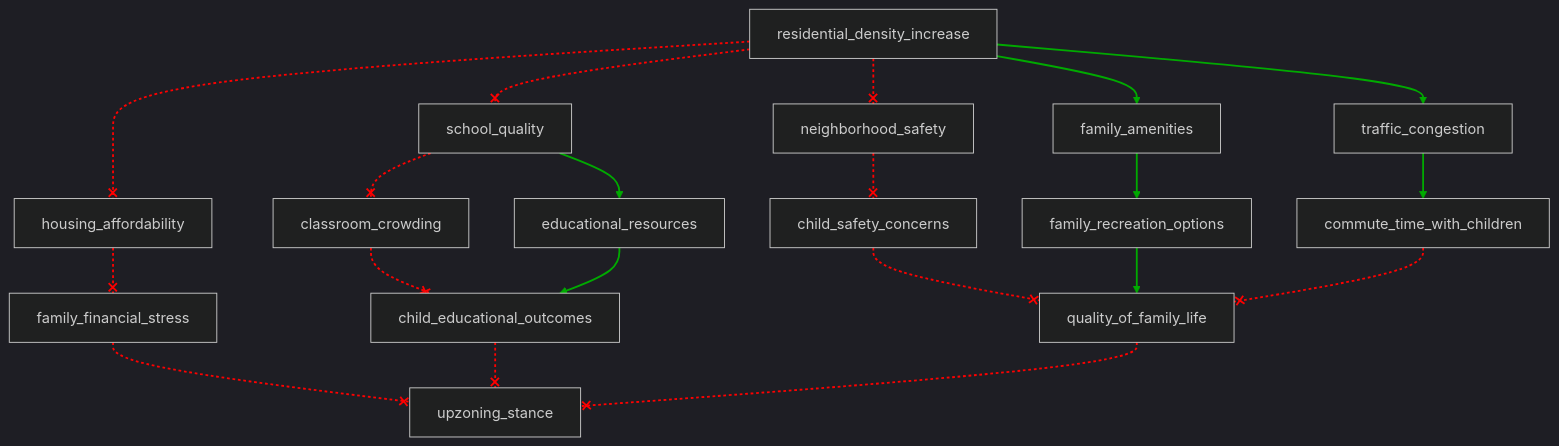
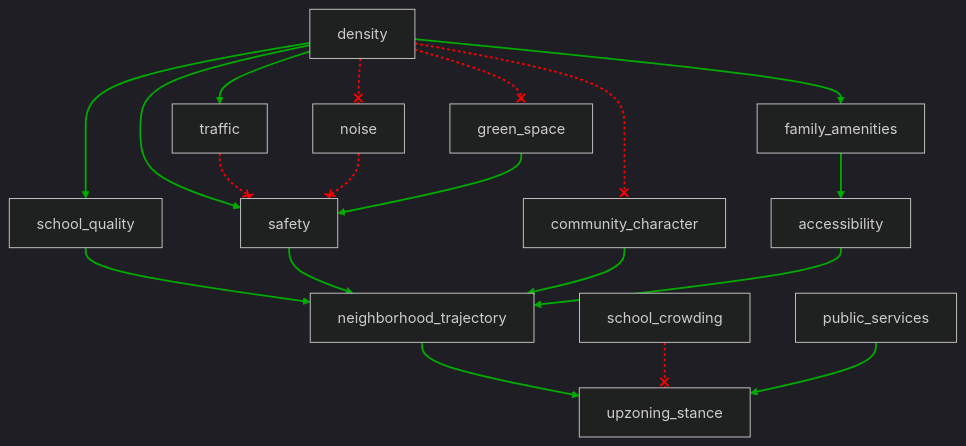
Before and after one commit to jajamoa/generative-minds: the diagram in data/samples_scm/sample_5.mmd, drawn with Mermaid (dark theme). The commit also changed 115 other files, not shown here.

````diff
--- a/data/samples_scm/sample_5.mmd
+++ b/data/samples_scm/sample_5.mmd
@@ -1,58 +1,52 @@
 ```mermaid
 flowchart TD
-    n1[residential_density_increase]
-    n2[school_quality]
-    n3[neighborhood_safety]
-    n4[family_amenities]
-    n5[housing_affordability]
-    n6[traffic_congestion]
-    n7[classroom_crowding]
-    n8[educational_resources]
-    n9[child_safety_concerns]
-    n10[family_recreation_options]
-    n11[family_financial_stress]
-    n12[commute_time_with_children]
-    n13[child_educational_outcomes]
-    n14[quality_of_family_life]
-    n15[upzoning_stance]
-    
-    n1 --x n2
-    n1 --x n3
-    n1 --> n4
-    n1 --x n5
-    n1 --> n6
-    n2 --x n7
-    n2 --> n8
-    n3 --x n9
-    n4 --> n10
-    n5 --x n11
-    n6 --> n12
-    n7 --x n13
-    n8 --> n13
-    n9 --x n14
-    n10 --> n14
-    n11 --x n15
-    n12 --x n14
-    n13 --x n15
-    n14 --x n15
-    
-    linkStyle 0 stroke:#FF0000,stroke-dasharray:3,stroke-width:2px
-    linkStyle 1 stroke:#FF0000,stroke-dasharray:3,stroke-width:2px
-    linkStyle 2 stroke:#00AA00,stroke-width:2px
-    linkStyle 3 stroke:#FF0000,stroke-dasharray:3,stroke-width:2px
-    linkStyle 4 stroke:#00AA00,stroke-width:2px
-    linkStyle 5 stroke:#FF0000,stroke-dasharray:3,stroke-width:2px
-    linkStyle 6 stroke:#00AA00,stroke-width:2px
-    linkStyle 7 stroke:#FF0000,stroke-dasharray:3,stroke-width:2px
-    linkStyle 8 stroke:#00AA00,stroke-width:2px
-    linkStyle 9 stroke:#FF0000,stroke-dasharray:3,stroke-width:2px
-    linkStyle 10 stroke:#00AA00,stroke-width:2px
-    linkStyle 11 stroke:#FF0000,stroke-dasharray:3,stroke-width:2px
-    linkStyle 12 stroke:#00AA00,stroke-width:2px
-    linkStyle 13 stroke:#FF0000,stroke-dasharray:3,stroke-width:2px
-    linkStyle 14 stroke:#00AA00,stroke-width:2px
-    linkStyle 15 stroke:#FF0000,stroke-dasharray:3,stroke-width:2px
-    linkStyle 16 stroke:#FF0000,stroke-dasharray:3,stroke-width:2px
-    linkStyle 17 stroke:#FF0000,stroke-dasharray:3,stroke-width:2px
-    linkStyle 18 stroke:#FF0000,stroke-dasharray:3,stroke-width:2px
-``` 
+n1[density]
+n2[school_quality]
+n3[safety]
+n4[family_amenities]
+n5[traffic]
+n6[noise]
+n7[green_space]
+n8[community_character]
+n9[accessibility]
+n10[neighborhood_trajectory]
+n11[school_crowding]
+n12[public_services]
+n13[upzoning_stance]
+n1 --> n2
+n1 --> n3
+n1 --> n4
+n1 --> n5
+n1 --x n6
+n1 --x n7
+n1 --x n8
+n2 --> n10
+n3 --> n10
+n4 --> n9
+n5 --x n3
+n6 --x n3
+n7 --> n3
+n8 --> n10
+n9 --> n10
+n10 --> n13
+n11 --x n13
+n12 --> n13
+linkStyle 0 stroke:#00AA00,stroke-width:2px
+linkStyle 1 stroke:#00AA00,stroke-width:2px
+linkStyle 2 stroke:#00AA00,stroke-width:2px
+linkStyle 3 stroke:#00AA00,stroke-width:2px
+linkStyle 4 stroke:#FF0000,stroke-dasharray:3,stroke-width:2px
+linkStyle 5 stroke:#FF0000,stroke-dasharray:3,stroke-width:2px
+linkStyle 6 stroke:#FF0000,stroke-dasharray:3,stroke-width:2px
+linkStyle 7 stroke:#00AA00,stroke-width:2px
+linkStyle 8 stroke:#00AA00,stroke-width:2px
+linkStyle 9 stroke:#00AA00,stroke-width:2px
+linkStyle 10 stroke:#FF0000,stroke-dasharray:3,stroke-width:2px
+linkStyle 11 stroke:#FF0000,stroke-dasharray:3,stroke-width:2px
+linkStyle 12 stroke:#00AA00,stroke-width:2px
+linkStyle 13 stroke:#00AA00,stroke-width:2px
+linkStyle 14 stroke:#00AA00,stroke-width:2px
+linkStyle 15 stroke:#00AA00,stroke-width:2px
+linkStyle 16 stroke:#FF0000,stroke-dasharray:3,stroke-width:2px
+linkStyle 17 stroke:#00AA00,stroke-width:2px
+```
````
